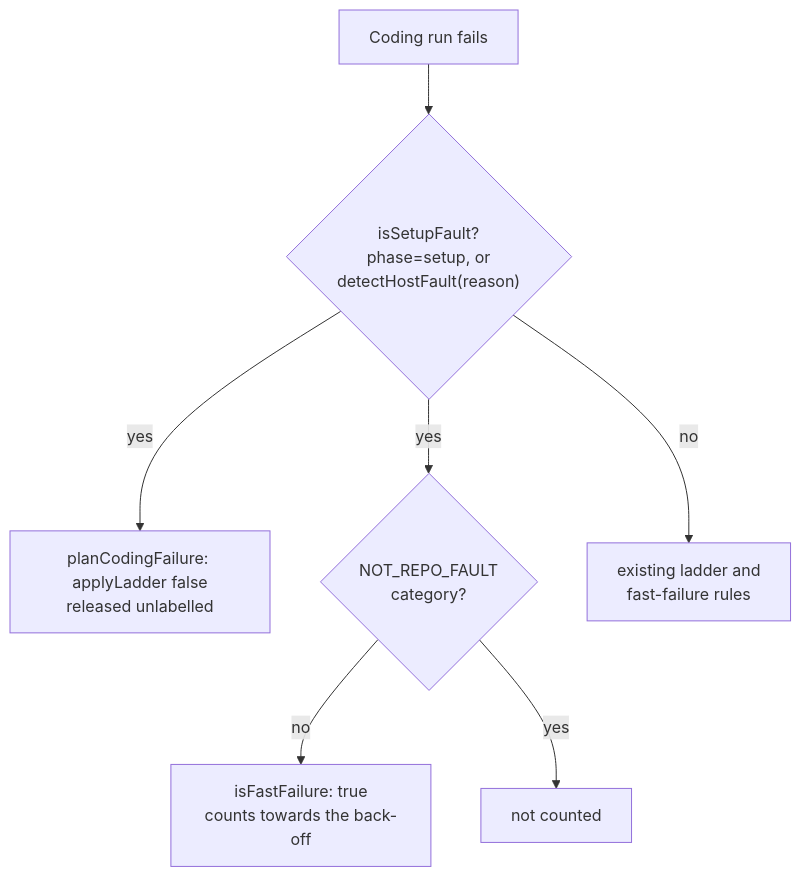
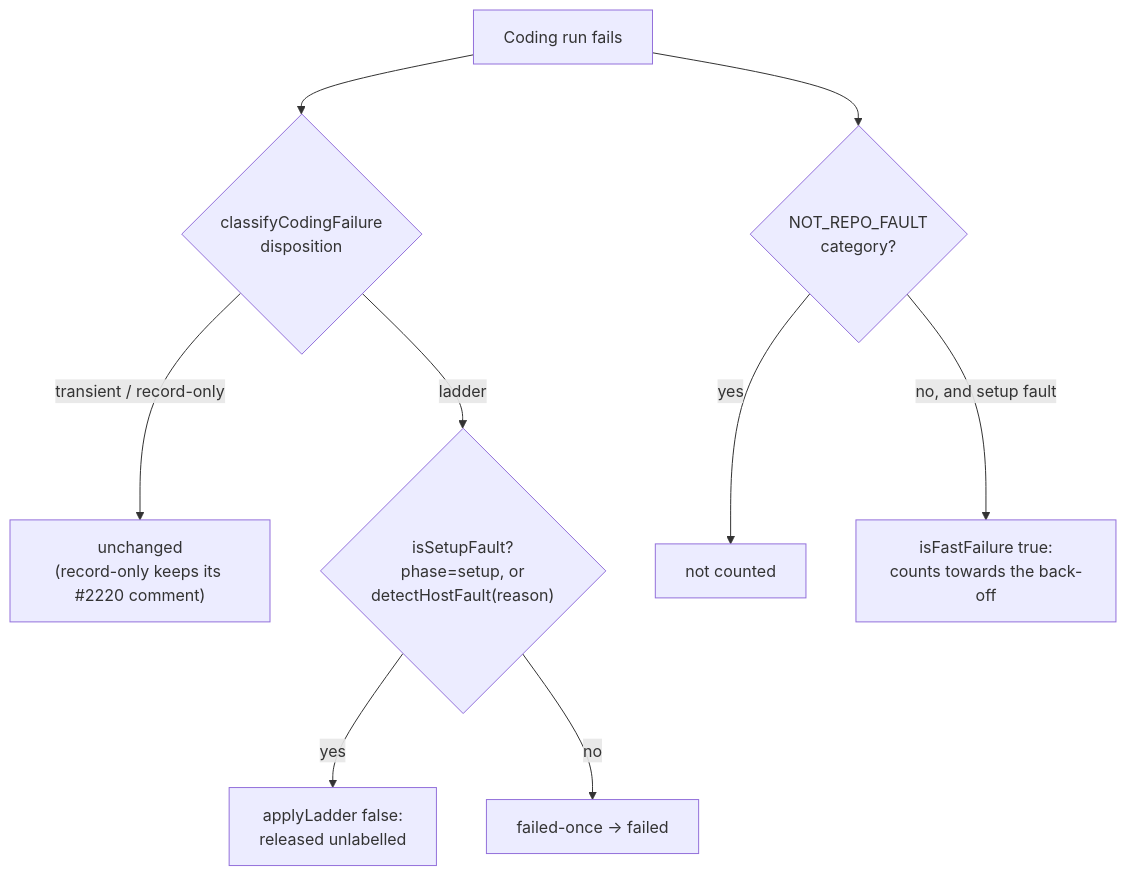
One commit to stSoftwareAU/VibeCoder changed the diagram in docs/archive/pr-summaries/pr-summary-2954.md. Above: the diagram before and after it, drawn with Mermaid. The commit also changed other lines of this file, not shown here.

````diff
--- a/docs/archive/pr-summaries/pr-summary-2954.md
+++ b/docs/archive/pr-summaries/pr-summary-2954.md
@@ -14,9 +30,11 @@
 ```mermaid
 flowchart TD
-    F["Coding run fails"] --> S{"isSetupFault?<br/>phase=setup, or<br/>detectHostFault(reason)"}
-    S -- yes --> U["planCodingFailure: applyLadder false<br/>released unlabelled"]
-    S -- yes --> B{"NOT_REPO_FAULT<br/>category?"}
-    B -- no --> K["isFastFailure: true<br/>counts towards the back-off"]
+    F["Coding run fails"] --> D{"classifyCodingFailure<br/>disposition"}
+    D -- "transient / record-only" --> O["unchanged<br/>(record-only keeps its #2220 comment)"]
+    D -- "ladder" --> S{"isSetupFault?<br/>phase=setup, or<br/>detectHostFault(reason)"}
+    S -- yes --> U["applyLadder false:<br/>released unlabelled"]
+    S -- no --> L["failed-once → failed"]
+    F --> B{"NOT_REPO_FAULT<br/>category?"}
     B -- yes --> N["not counted"]
-    S -- no --> L["existing ladder and<br/>fast-failure rules"]
+    B -- "no, and setup fault" --> K["isFastFailure true:<br/>counts towards the back-off"]
 ```
````
